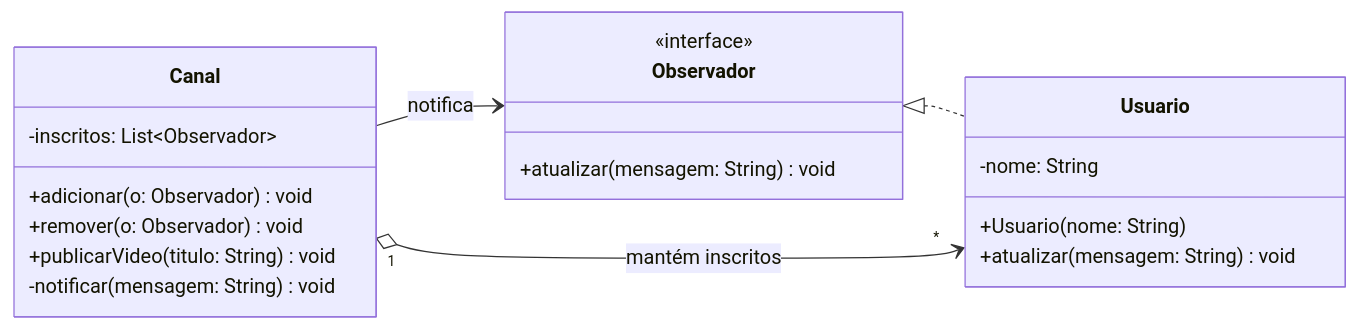
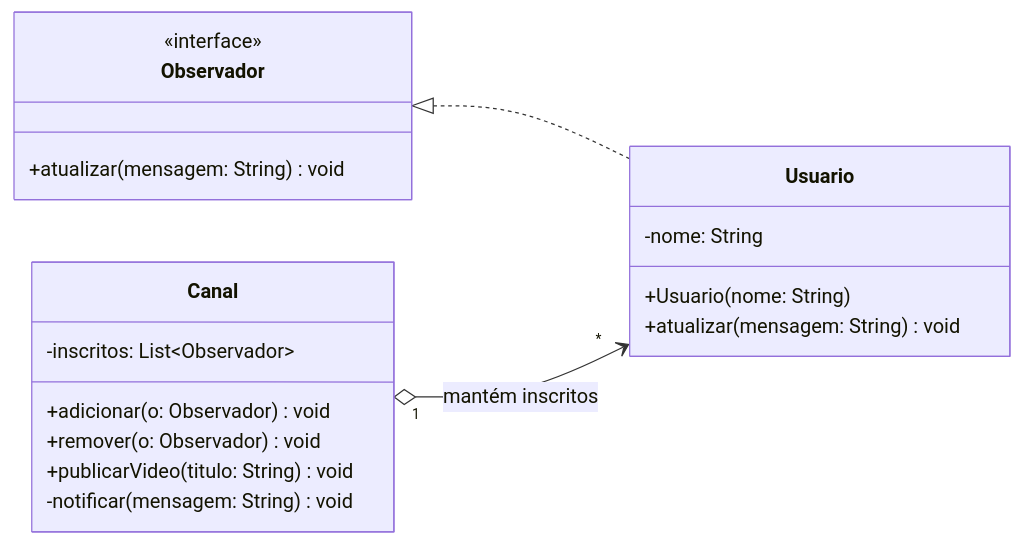
The diagram in Engenharia de Software III/Observer/Pattern/readme.md (henrySilverIX/Bertoti), drawn with Mermaid before and after one commit.

````diff
--- a/Engenharia de Software III/Observer/Pattern/readme.md
+++ b/Engenharia de Software III/Observer/Pattern/readme.md
@@ -5,31 +5,31 @@
 ```mermaid
 classDiagram
     direction LR
 
     %% Interface Observer
     class Observador {
         <<interface>>
         +atualizar(mensagem: String) void
     }
 
     %% Observador Concreto
     class Usuario {
         -nome: String
         +Usuario(nome: String)
         +atualizar(mensagem: String) void
     }
 
     %% Sujeito (Subject)
     class Canal {
         -inscritos: List~Observador~
         +adicionar(o: Observador) void
         +remover(o: Observador) void
         +publicarVideo(titulo: String) void
         -notificar(mensagem: String) void
     }
 
     %% Relacionamentos
     Observador <|.. Usuario
-    Canal --> Observador : notifica
+    
     Canal "1" o--> "*" Usuario : mantém inscritos
 ```
````
